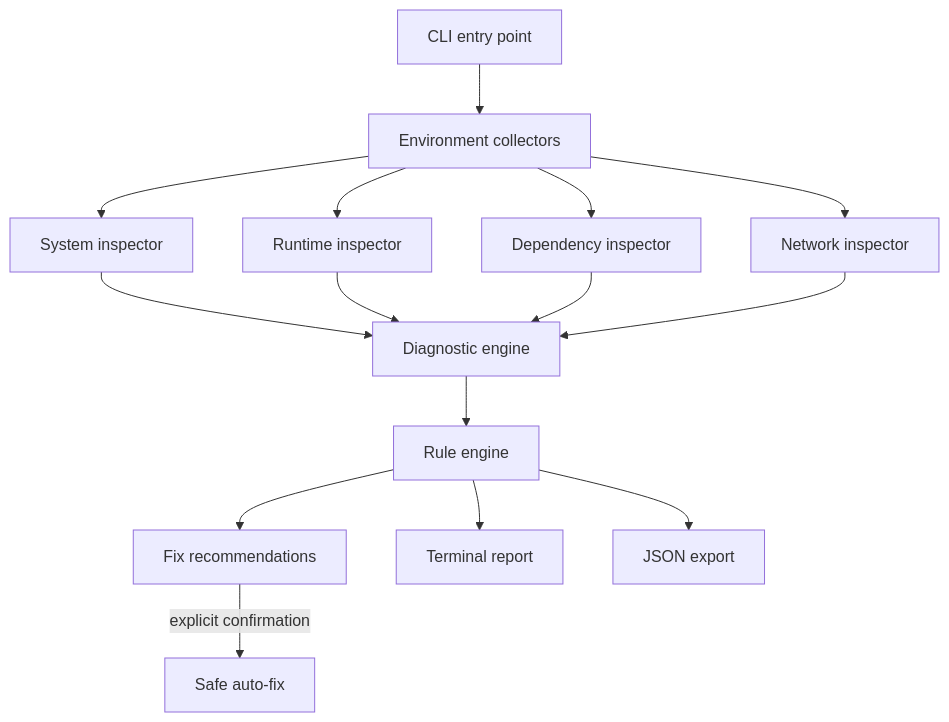
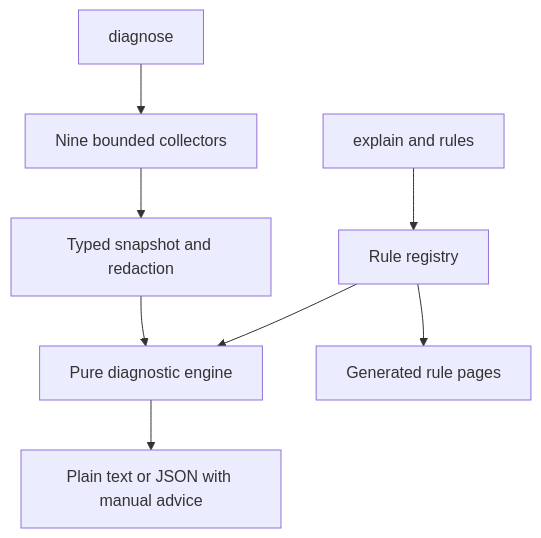
The diagram in README.md (Shellghostt/EnvDoctor), drawn with Mermaid before and after one commit. The commit also changed other lines of this file and 9 other files, not shown here.

````diff
--- a/README.md
+++ b/README.md
@@ -40,17 +46,10 @@
 ```mermaid
 flowchart TD
-    CLI[CLI entry point] --> COL[Environment collectors]
-    COL --> SYS[System inspector]
-    COL --> RUNTIME[Runtime inspector]
-    COL --> DEP[Dependency inspector]
-    COL --> NET[Network inspector]
-    SYS --> ENGINE[Diagnostic engine]
-    RUNTIME --> ENGINE
-    DEP --> ENGINE
-    NET --> ENGINE
-    ENGINE --> RULES[Rule engine]
-    RULES --> FIX[Fix recommendations]
-    RULES --> REPORT[Terminal report]
-    RULES --> JSON[JSON export]
-    FIX -->|explicit confirmation| APPLY[Safe auto-fix]
+    CLI[diagnose] --> COL[Nine bounded collectors]
+    COL --> SNAP[Typed snapshot and redaction]
+    SNAP --> ENGINE[Pure diagnostic engine]
+    REG[Rule registry] --> ENGINE
+    ENGINE --> REPORT[Plain text or JSON with manual advice]
+    META[explain and rules] --> REG
+    REG --> PAGES[Generated rule pages]
 ```
````
